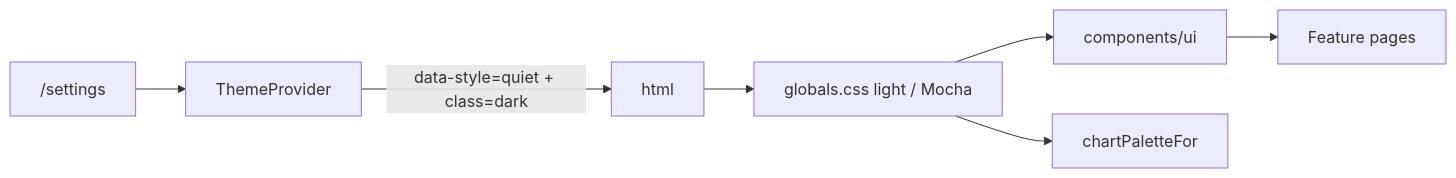
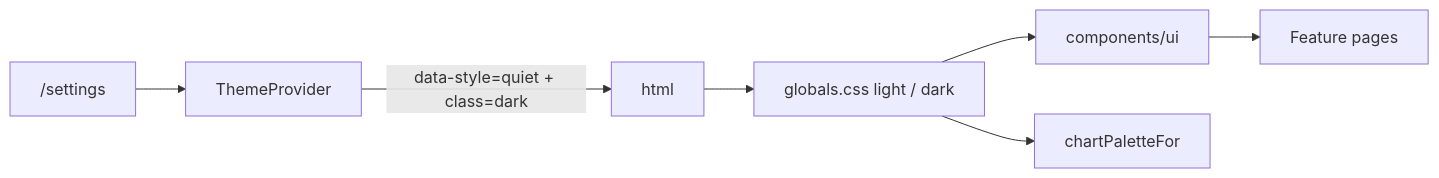
One commit to ezcafe/my-apps changed the diagram in docs/DESIGN_GUIDE.md. Above: the diagram before and after it, drawn with Mermaid. The commit also changed other lines of this file and 54 other files, not shown here.

````diff
--- a/docs/DESIGN_GUIDE.md
+++ b/docs/DESIGN_GUIDE.md
@@ -132,9 +132,9 @@
 ```mermaid
 flowchart LR
   Settings["/settings"] --> ThemeProvider
   ThemeProvider -- "data-style=quiet + class=dark" --> HtmlRoot["html"]
-  HtmlRoot --> Tokens["globals.css light / Mocha"]
+  HtmlRoot --> Tokens["globals.css light / dark"]
   Tokens --> Primitives["components/ui"]
   Tokens --> Charts["chartPaletteFor"]
   Primitives --> Surfaces["Feature pages"]
 ```
````
